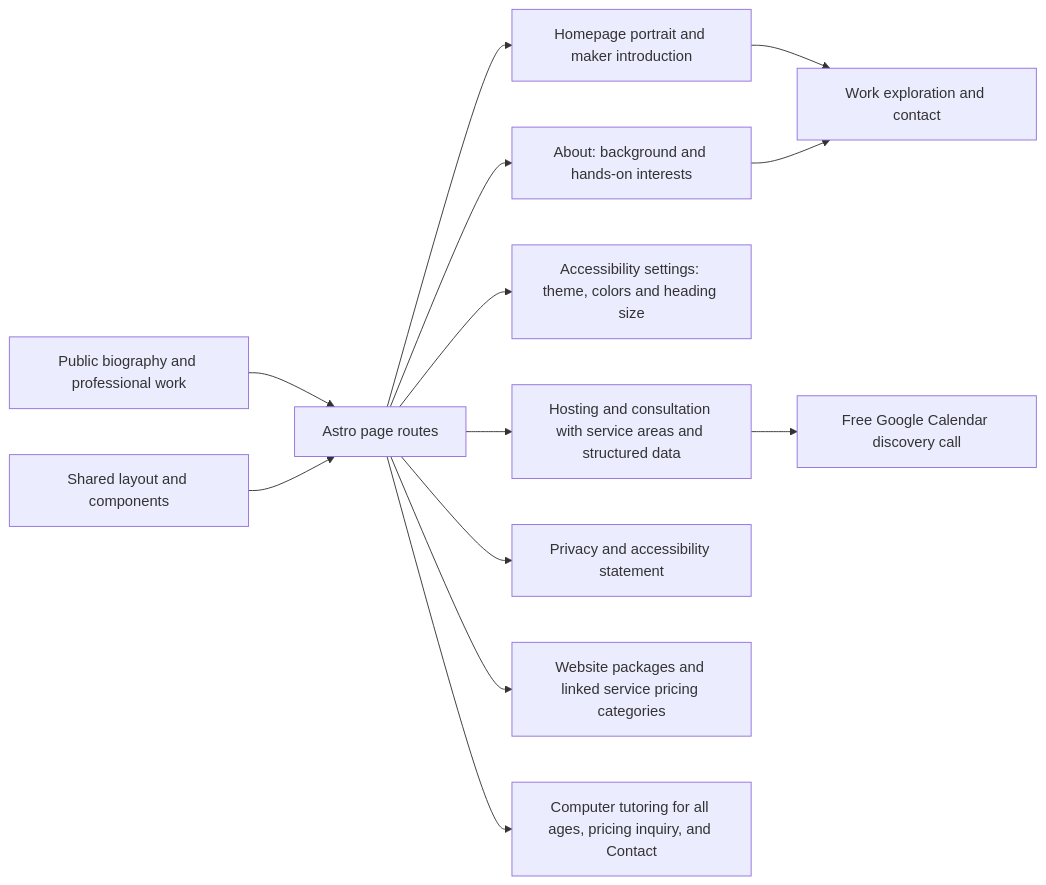
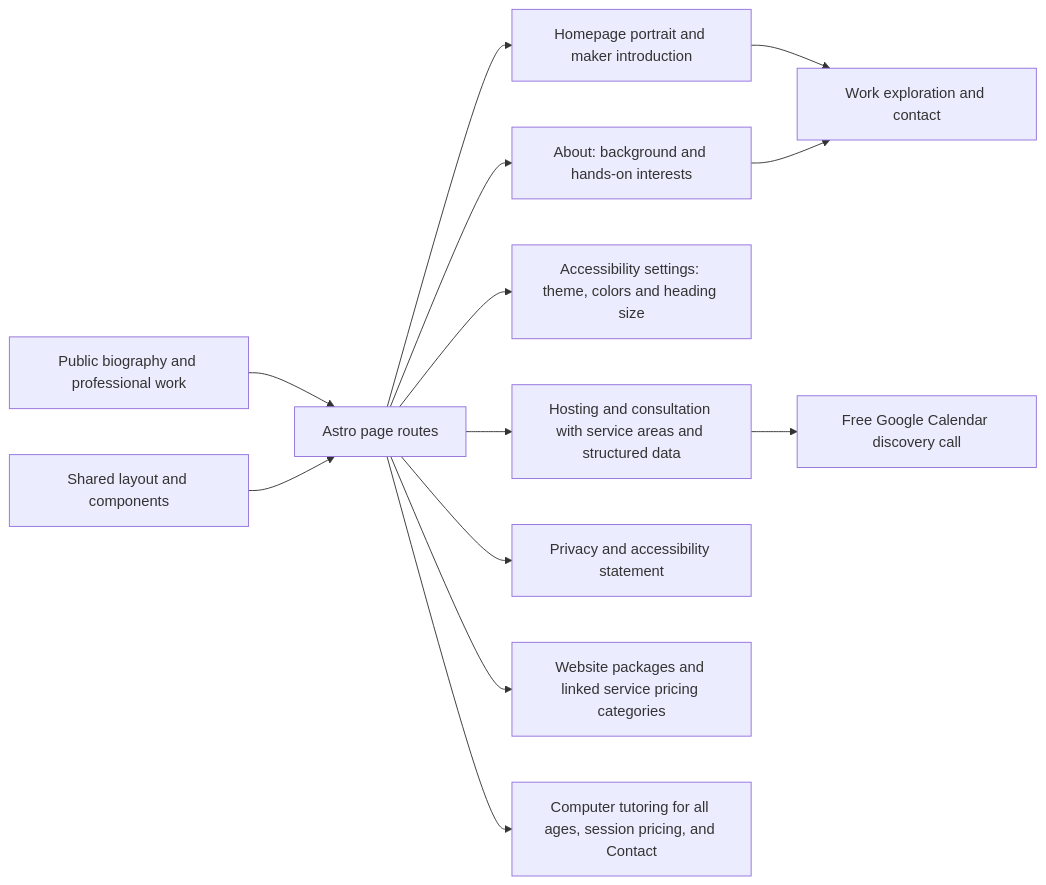
Before and after one commit to anoblet/astronautical-apogee: the diagram in src/pages/_readme.md, drawn with Mermaid. The commit also changed other lines of this file and 3 other files, not shown here.

````diff
--- a/src/pages/_readme.md
+++ b/src/pages/_readme.md
@@ -18,15 +18,15 @@
 ```mermaid
 flowchart LR
     Biography[Public biography and professional work] --> Routes[Astro page routes]
     Routes --> Home[Homepage portrait and maker introduction]
     Routes --> About[About: background and hands-on interests]
     Layout[Shared layout and components] --> Routes
     Routes --> Accessibility[Accessibility settings: theme, colors and heading size]
     Routes --> Ads[Hosting and consultation with service areas and structured data]
     Ads --> Booking[Free Google Calendar discovery call]
     Routes --> Policies[Privacy and accessibility statement]
     Routes --> Pricing[Website packages and linked service pricing categories]
-    Routes --> Tutoring[Computer tutoring for all ages, pricing inquiry, and Contact]
+    Routes --> Tutoring[Computer tutoring for all ages, session pricing, and Contact]
     Home --> Contact[Work exploration and contact]
     About --> Contact
 ```
````
